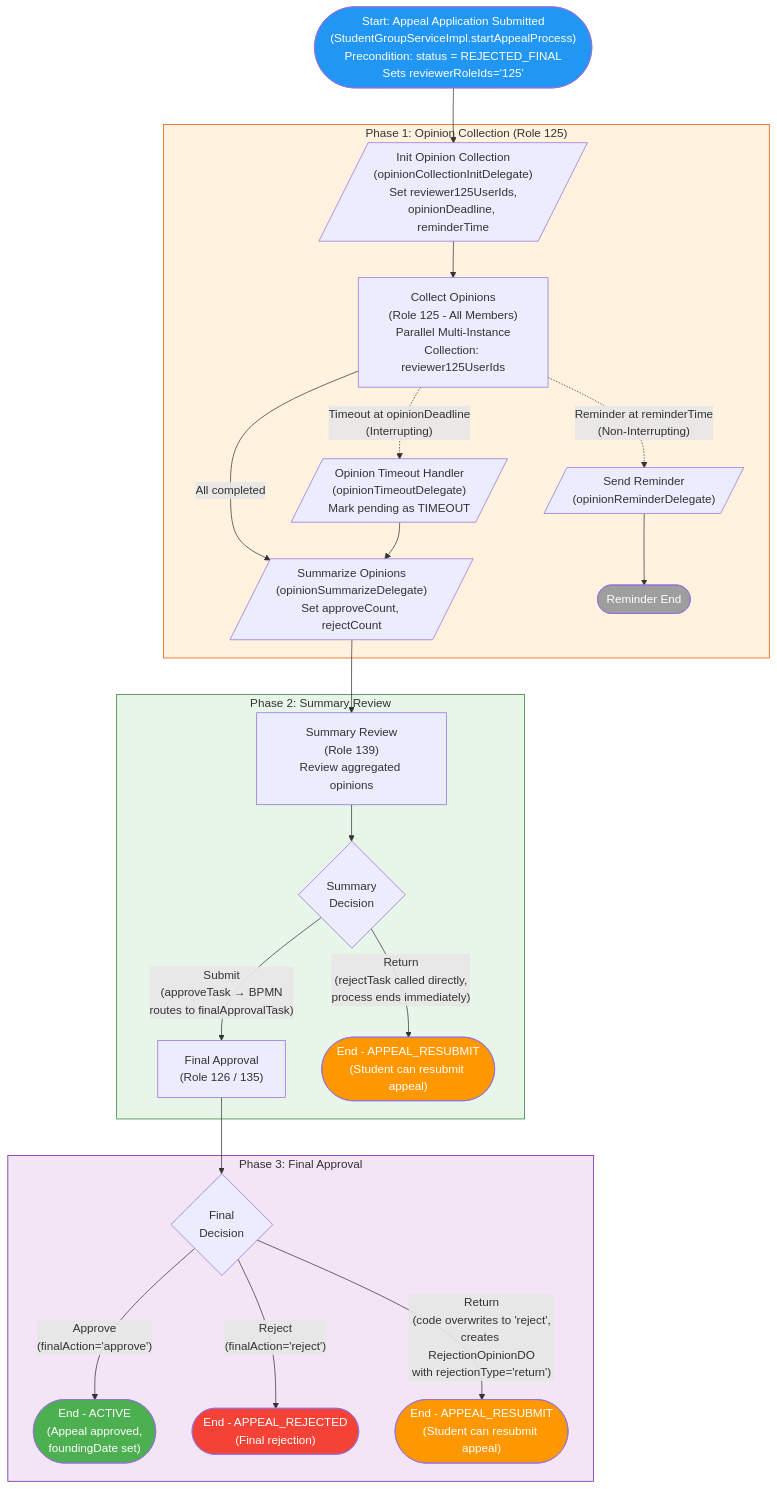
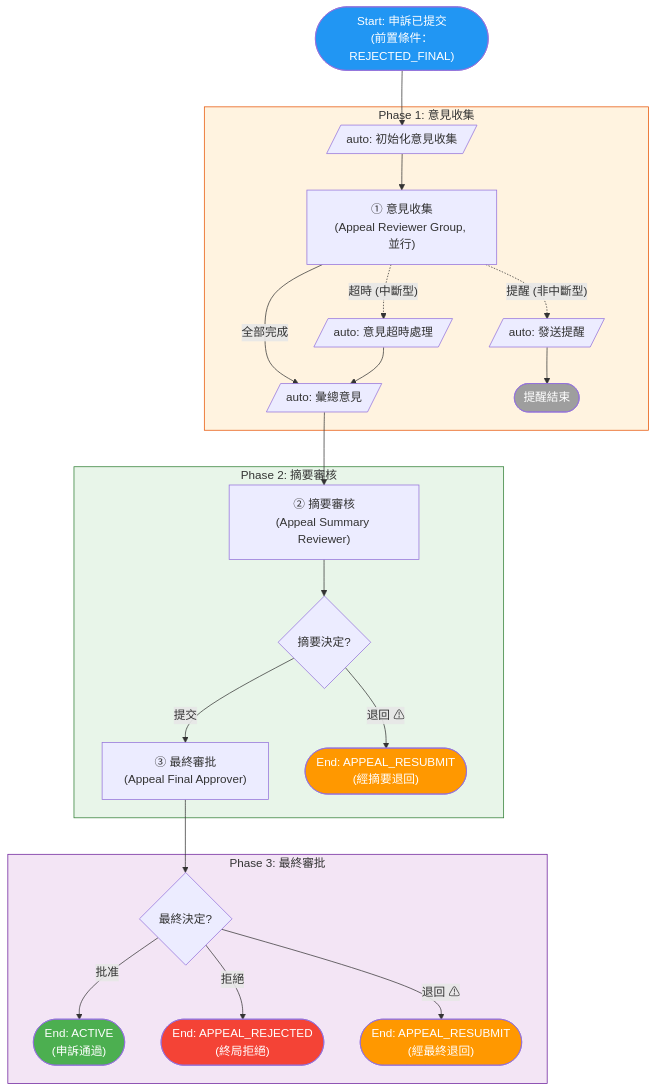
The fifth of 7 diagrams in student-org-workflow-flowcharts.md (OneStar-Projects/SLAS-Docs), drawn with Mermaid before and after one commit. The commit also changed other lines of this file and 1 other file, not shown here.

````diff
--- a/student-org-workflow-flowcharts.md
+++ b/student-org-workflow-flowcharts.md
@@ -258,56 +344,48 @@
 ```mermaid
 flowchart TD
-    Start(["Start: Appeal Application Submitted<br>(StudentGroupServiceImpl.startAppealProcess)<br>Precondition: status = REJECTED_FINAL<br>Sets reviewerRoleIds='125'"])
+    Start(["Start: 申訴已提交<br/>(前置條件：REJECTED_FINAL)"])
     Start --> InitOpinion
 
-    subgraph Phase1["Phase 1: Opinion Collection (Role 125)"]
-        InitOpinion[/"Init Opinion Collection<br>(opinionCollectionInitDelegate)<br>Set reviewer125UserIds,<br>opinionDeadline, reminderTime"/]
-        InitOpinion --> CollectOpinions
+    subgraph Phase1["Phase 1: 意見收集"]
+        InitOpinion[/"auto: 初始化意見收集"/]
+        InitOpinion --> CollectOpinions["① 意見收集<br/>(Appeal Reviewer Group, 並行)"]
 
-        CollectOpinions["Collect Opinions<br>(Role 125 - All Members)<br>Parallel Multi-Instance<br>Collection: reviewer125UserIds"]
+        CollectOpinions -->|"全部完成"| SummarizeOpinions
+        CollectOpinions -.->|"超時 (中斷型)"| TimeoutHandler[/"auto: 意見超時處理"/]
+        CollectOpinions -.->|"提醒 (非中斷型)"| SendReminder[/"auto: 發送提醒"/]
 
-        CollectOpinions -->|"All completed"| SummarizeOpinions
-        CollectOpinions -.->|"Timeout at opinionDeadline<br>(Interrupting)"| TimeoutHandler
-        CollectOpinions -.->|"Reminder at reminderTime<br>(Non-Interrupting)"| SendReminder
-
-        TimeoutHandler[/"Opinion Timeout Handler<br>(opinionTimeoutDelegate)<br>Mark pending as TIMEOUT"/]
         TimeoutHandler --> SummarizeOpinions
-
-        SendReminder[/"Send Reminder<br>(opinionReminderDelegate)"/]
-        SendReminder --> ReminderEnd([Reminder End])
+        SendReminder --> ReminderEnd(["提醒結束"])
     end
 
-    subgraph Phase2["Phase 2: Summary Review"]
-        SummarizeOpinions[/"Summarize Opinions<br>(opinionSummarizeDelegate)<br>Set approveCount, rejectCount"/]
-        SummarizeOpinions --> SummaryReview
-
-        SummaryReview["Summary Review<br>(Role 139)<br>Review aggregated opinions"]
-        SummaryReview --> SummaryDecision{Summary<br>Decision}
-        SummaryDecision -->|"Submit<br>(approveTask → BPMN<br>routes to finalApprovalTask)"| FinalApproval
-        SummaryDecision -->|"Return<br>(rejectTask called directly,<br>process ends immediately)"| EndResubmitSummary
+    subgraph Phase2["Phase 2: 摘要審核"]
+        SummarizeOpinions[/"auto: 彙總意見"/]
+        SummarizeOpinions --> SummaryReview["② 摘要審核<br/>(Appeal Summary Reviewer)"]
+        SummaryReview --> SummaryDecision{摘要決定?}
+        SummaryDecision -->|"提交"| FinalApproval
+        SummaryDecision -->|"退回 ⚠"| EndResubmitSummary
     end
 
-    subgraph Phase3["Phase 3: Final Approval"]
-        FinalApproval["Final Approval<br>(Role 126 / 135)"]
-        FinalApproval --> FinalDecision{Final<br>Decision}
-
-        FinalDecision -->|"Approve<br>(finalAction='approve')"| EndApproved
-        FinalDecision -->|"Reject<br>(finalAction='reject')"| EndRejected
-        FinalDecision -->|"Return<br>(code overwrites to 'reject',<br>creates RejectionOpinionDO<br>with rejectionType='return')"| EndResubmitFinal
+    subgraph Phase3["Phase 3: 最終審批"]
+        FinalApproval["③ 最終審批<br/>(Appeal Final Approver)"]
+        FinalApproval --> FinalDecision{最終決定?}
+        FinalDecision -->|"批准"| EndApproved
+        FinalDecision -->|"拒絕"| EndRejected
+        FinalDecision -->|"退回 ⚠"| EndResubmitFinal
     end
 
-    EndApproved(["End - ACTIVE<br>(Appeal approved,<br>foundingDate set)"])
-    EndRejected(["End - APPEAL_REJECTED<br>(Final rejection)"])
-    EndResubmitSummary(["End - APPEAL_RESUBMIT<br>(Student can resubmit appeal)"])
-    EndResubmitFinal(["End - APPEAL_RESUBMIT<br>(Student can resubmit appeal)"])
+    EndApproved(["End: ACTIVE<br/>(申訴通過)"])
+    EndRejected(["End: APPEAL_REJECTED<br/>(終局拒絕)"])
+    EndResubmitSummary(["End: APPEAL_RESUBMIT<br/>(經摘要退回)"])
+    EndResubmitFinal(["End: APPEAL_RESUBMIT<br/>(經最終退回)"])
 
     style Start fill:#2196F3,color:#fff
     style EndApproved fill:#4CAF50,color:#fff
     style EndRejected fill:#f44336,color:#fff
     style EndResubmitSummary fill:#FF9800,color:#fff
     style EndResubmitFinal fill:#FF9800,color:#fff
     style ReminderEnd fill:#9E9E9E,color:#fff
     style Phase1 fill:#FFF3E0,stroke:#E65100
     style Phase2 fill:#E8F5E9,stroke:#2E7D32
     style Phase3 fill:#F3E5F5,stroke:#6A1B9A
 ```
````
